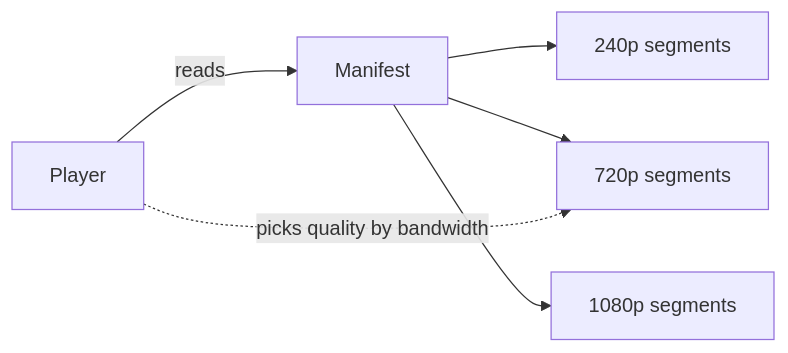
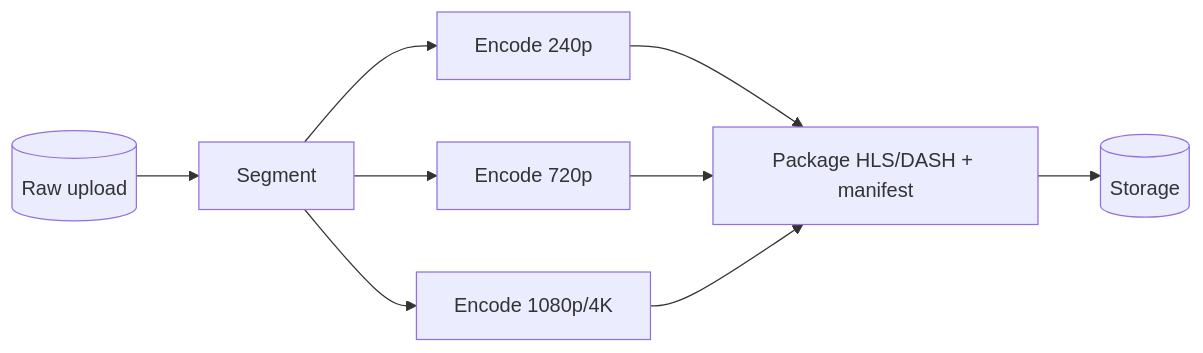
The second of 2 diagrams in system-design/2-case-studies/video-streaming.md (hiepgithub2001/swedocs), drawn with Mermaid before and after one commit. The commit also changed other lines of this file and 12 other files, not shown here.

Commit message:
Expand all 13 case studies with deeper detail (clarifying Qs, estimation math, schemas, more deep dives & diagrams)

````diff
--- a/system-design/2-case-studies/video-streaming.md
+++ b/system-design/2-case-studies/video-streaming.md
@@ -51,8 +66,8 @@
 ```mermaid
 flowchart LR
-    Player -->|reads| Manifest
-    Manifest --> S240[240p segments]
-    Manifest --> S720[720p segments]
-    Manifest --> S1080[1080p segments]
-    Player -. picks quality by bandwidth .-> S720
+    Raw[(Raw upload)] --> Split[Segment]
+    Split --> E1[Encode 240p]
+    Split --> E2[Encode 720p]
+    Split --> E3[Encode 1080p/4K]
+    E1 & E2 & E3 --> Pack[Package HLS/DASH + manifest] --> Store[(Storage)]
 ```
````
